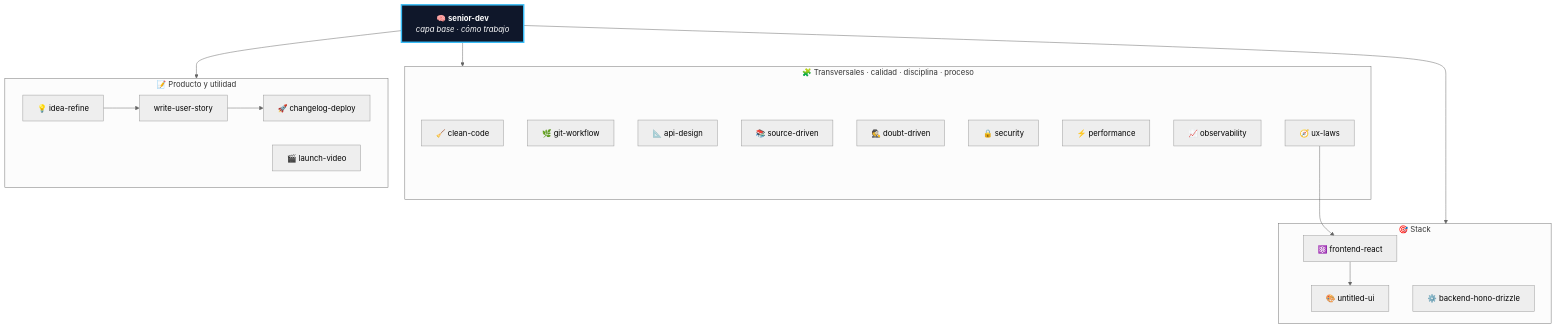
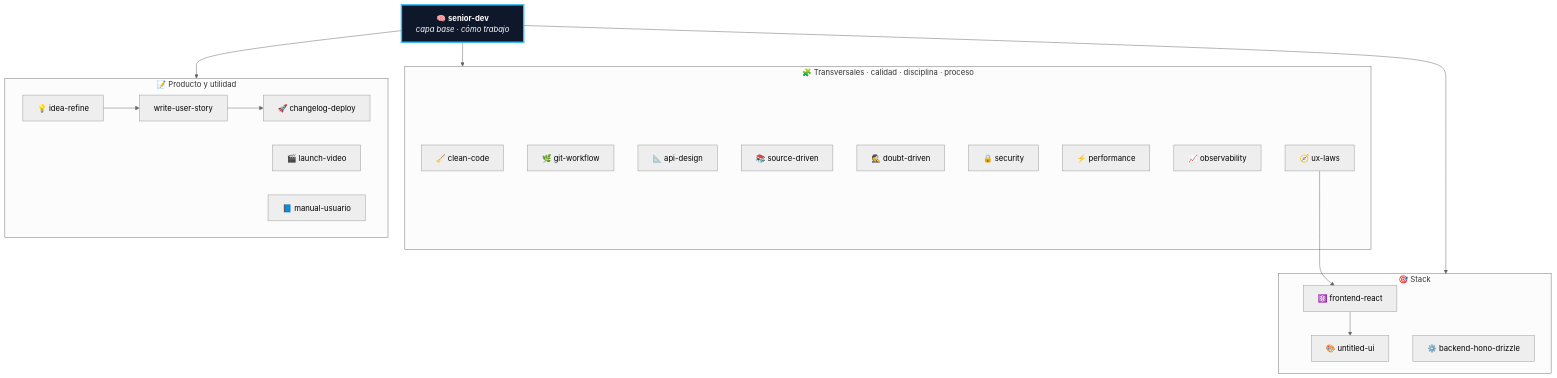
The diagram in README.md (ErickEcheverria/eecheverria-skills), drawn with Mermaid (neutral theme) before and after one commit. The commit also changed other lines of this file and 10 other files, not shown here.

First line of the commit message:
feat(skills): manual-usuario, manual en PDF con capturas reales y HyperFrames

````diff
--- a/README.md
+++ b/README.md
@@ -22,39 +22,40 @@
 ```mermaid
 flowchart TD
     SD["🧠 <b>senior-dev</b><br/><i>capa base · cómo trabajo</i>"]:::base
 
     subgraph T["🧩 Transversales · calidad · disciplina · proceso"]
         CC["🧹 clean-code"]
         GW["🌿 git-workflow"]
         AD["📐 api-design"]
         SR["📚 source-driven"]
         DD["🕵️ doubt-driven"]
         SEC["🔒 security"]
         PERF["⚡ performance"]
         OBS["📈 observability"]
         UXL["🧭 ux-laws"]
     end
 
     subgraph S["🎯 Stack"]
         RE["⚛️ frontend-react"]
         UUI["🎨 untitled-ui"]
         HN["⚙️ backend-hono-drizzle"]
         RE --> UUI
     end
 
     subgraph U["📝 Producto y utilidad"]
         IR["💡 idea-refine"]
         US["write-user-story"]
         CD["🚀 changelog-deploy"]
         LV["🎬 launch-video"]
+        MU["📘 manual-usuario"]
         IR --> US
         US --> CD
     end
 
     SD --> T
     SD --> S
     SD --> U
     UXL --> RE
 
     classDef base fill:#0f172a,stroke:#38bdf8,stroke-width:3px,color:#fff;
 ```
````
